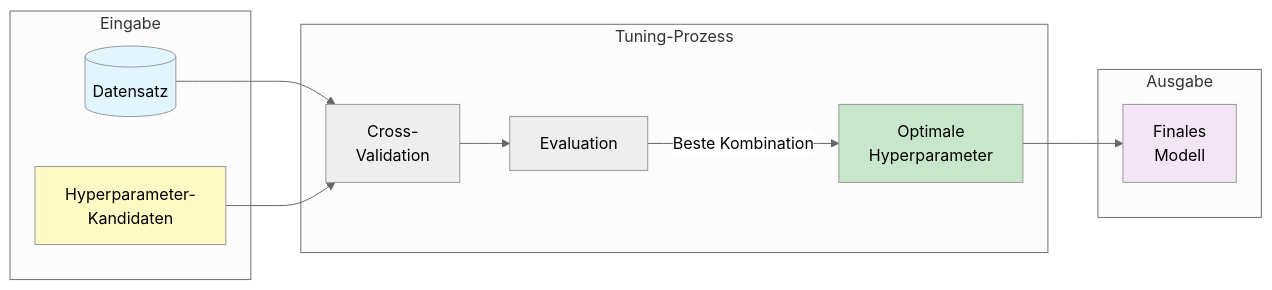
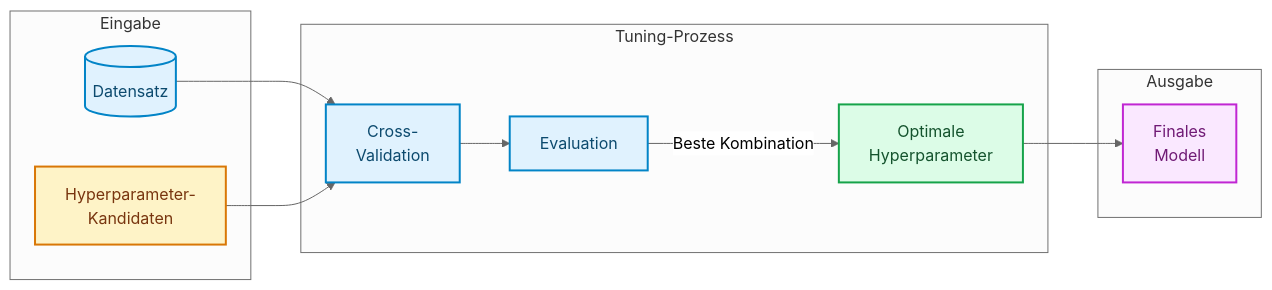
Before and after one commit to ralf-42/ML_Intro: the first of 12 diagrams in docs/concepts/evaluate/hyperparameter_tuning.md, drawn with Mermaid (neutral theme). The commit also changed other lines of this file and 67 other files, not shown here.

````diff
--- a/docs/concepts/evaluate/hyperparameter_tuning.md
+++ b/docs/concepts/evaluate/hyperparameter_tuning.md
@@ -33,23 +33,26 @@
 ```mermaid
 flowchart LR
     subgraph input["Eingabe"]
         D[("Datensatz")]
         HP["Hyperparameter-<br/>Kandidaten"]
     end
     
     subgraph process["Tuning-Prozess"]
         D --> CV["Cross-<br/>Validation"]
         HP --> CV
         CV --> E["Evaluation"]
         E --> |"Beste Kombination"| B["Optimale<br/>Hyperparameter"]
     end
     
     subgraph output["Ausgabe"]
         B --> M["Finales<br/>Modell"]
     end
-    
-    style D fill:#e1f5fe
-    style HP fill:#fff9c4
-    style B fill:#c8e6c9
-    style M fill:#f3e5f5
+
+    classDef default fill:#e0f2fe,stroke:#0284c7,stroke-width:2px,color:#0c4a6e;
+    classDef metric fill:#fef3c7,stroke:#d97706,stroke-width:2px,color:#78350f;
+    classDef output fill:#dcfce7,stroke:#16a34a,stroke-width:2px,color:#14532d;
+    classDef target fill:#fae8ff,stroke:#c026d3,stroke-width:2px,color:#701a75;
+    class HP metric;
+    class B output;
+    class M target;
 ```
````
